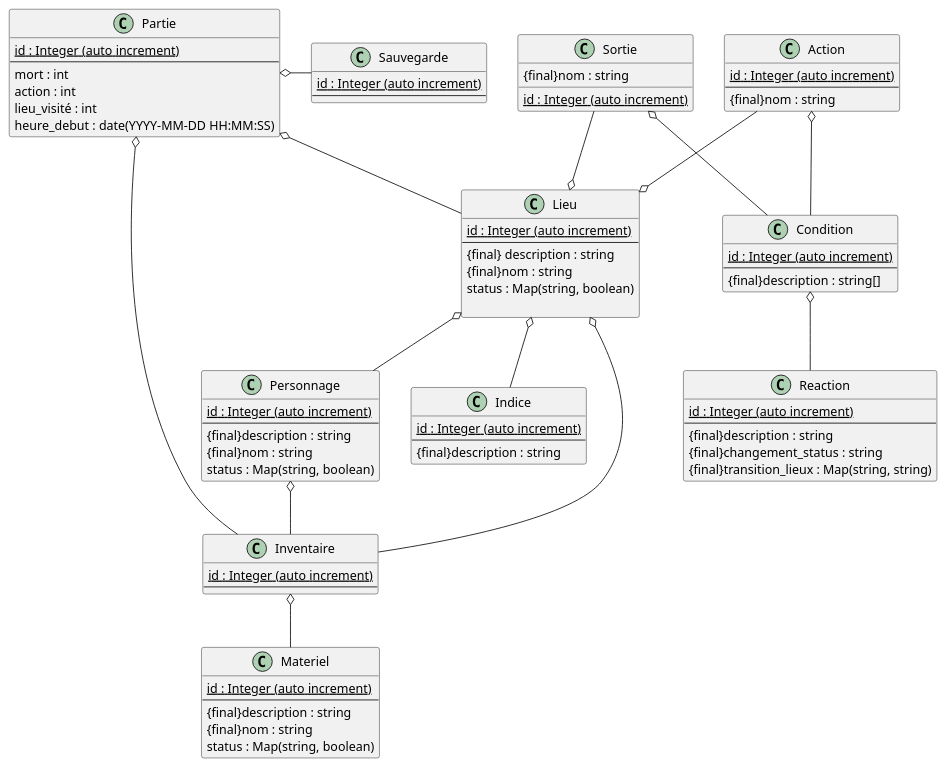
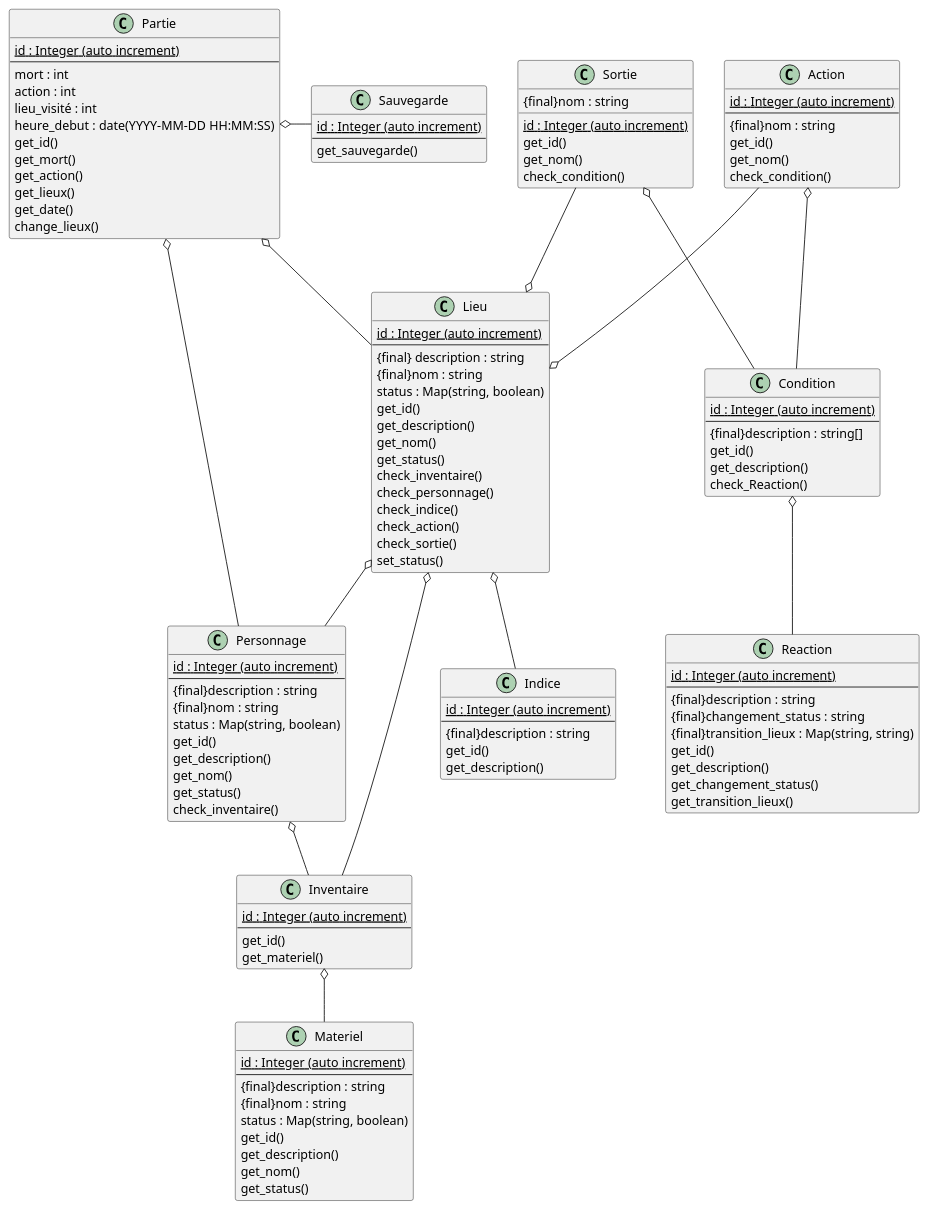
Before and after one commit to Serious-game-textuel/doc: the third of 3 diagrams in liste_fonctionalitées.md, drawn with PlantUML.

Commit message:
changement uml

```diff
--- a/liste_fonctionalitées.md
+++ b/liste_fonctionalitées.md
@@ -111,7 +111,6 @@
   {final} description : string
   {final}nom : string
   status : Map(string, boolean)
-
 }
 
 Class Action{
@@ -136,7 +135,6 @@
 }
 
 
-
 Class Indice{
   {static} id : Integer (auto increment)
   --
@@ -144,11 +142,10 @@
 }
 
 
-' Partie "1" o-u- "0..*" Joueur
 Sortie --o Lieu
 Sortie o-- Condition
 Personnage o-- Inventaire
-Partie o-- Inventaire
+Partie o-- Personnage
 Partie o- Sauvegarde
 Lieu o-- Inventaire
 Lieu o-- Indice
@@ -158,9 +155,63 @@
 Lieu o-- Personnage
 Partie o-- Lieu
 Inventaire o-- Materiel
-' ObjetInteractif *..{ Materiel
-' ObjetInteractif *..{ Personnage
-' ObjetInteractif *..{ Lieu
+
+Lieu : get_id()
+Lieu : get_description()
+Lieu : get_nom()
+Lieu : get_status()
+Lieu : check_inventaire()
+Lieu : check_personnage()
+Lieu : check_indice()
+Lieu : check_action()
+Lieu : check_sortie()
+Lieu : set_status()
+
+
+Sortie : get_id()
+Sortie : get_nom()
+Sortie : check_condition()
+
+Action : get_id()
+Action : get_nom()
+Action : check_condition()
+
+Condition : get_id()
+Condition : get_description()
+Condition : check_Reaction()
+
+Reaction : get_id()
+Reaction : get_description()
+Reaction : get_changement_status()
+Reaction : get_transition_lieux()
+
+Indice : get_id()
+Indice : get_description()
+
+Personnage : get_id()
+Personnage : get_description()
+Personnage : get_nom()
+Personnage : get_status()
+Personnage : check_inventaire()
+
+Inventaire : get_id()
+Inventaire : get_materiel()
+
+Materiel : get_id()
+Materiel : get_description()
+Materiel : get_nom()
+Materiel : get_status()
+
+Sauvegarde : get_sauvegarde()
+
+Partie : get_id()
+Partie : get_mort()
+Partie : get_action()
+Partie : get_lieux()
+Partie : get_date()
+Partie : change_lieux()
+
+
 
 
 
```
